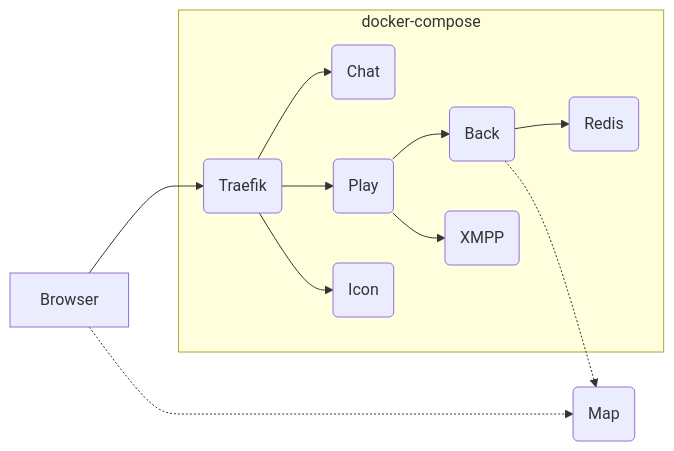
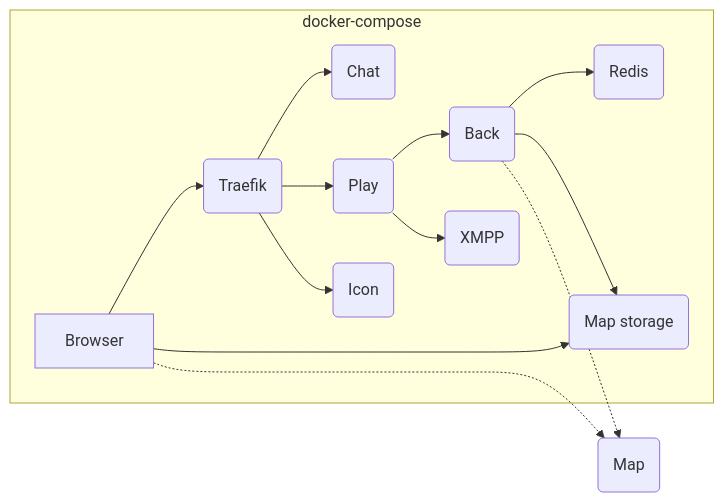
One commit to happydeveloper0305/workadventure changed the second of 2 diagrams in contrib/docker/README.md. Above: the diagram before and after it, drawn with Mermaid. The commit also changed other lines of this file and 4 other files, not shown here.

````diff
--- a/contrib/docker/README.md
+++ b/contrib/docker/README.md
@@ -19,14 +125,16 @@
 ```mermaid
 graph LR
     A[Browser] --> B(Traefik)
     subgraph docker-compose
     B --> I(Chat)
     B --> D(Play)
     B --> E(Icon)
     D --> F(Back)
     F --> G(Redis)
     D --> J(XMPP)
+    F --> K(Map storage)
+    A --> K(Map storage)
     end
     A .-> H(Map)
     F .-> H
 ```
````
